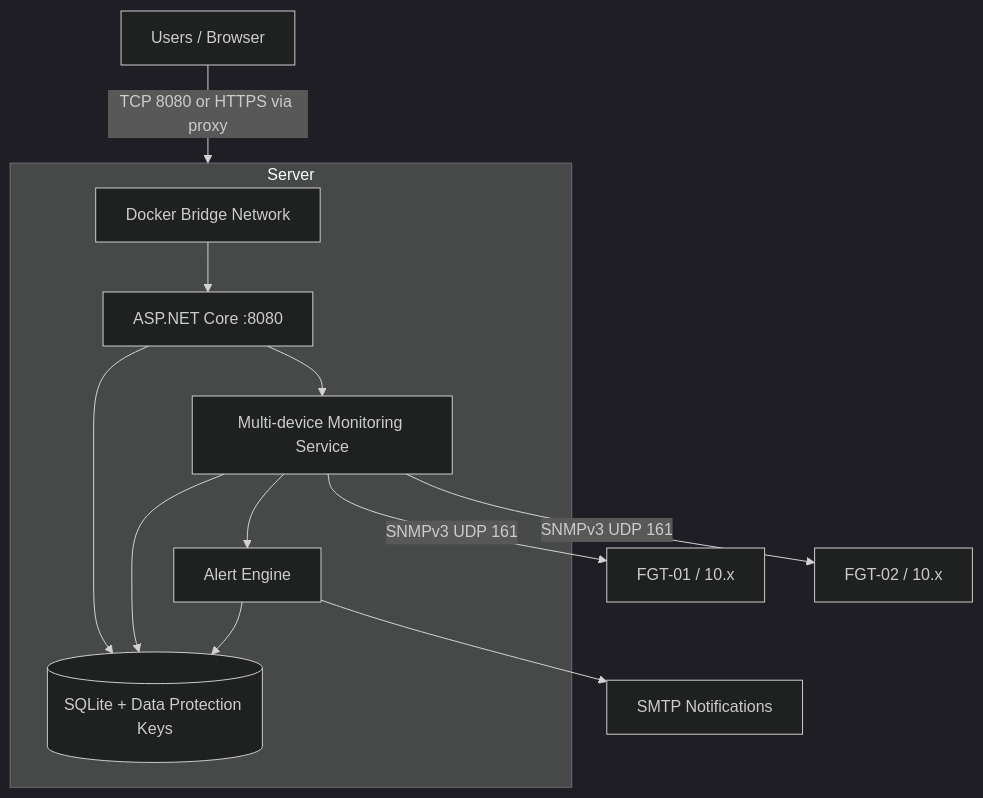
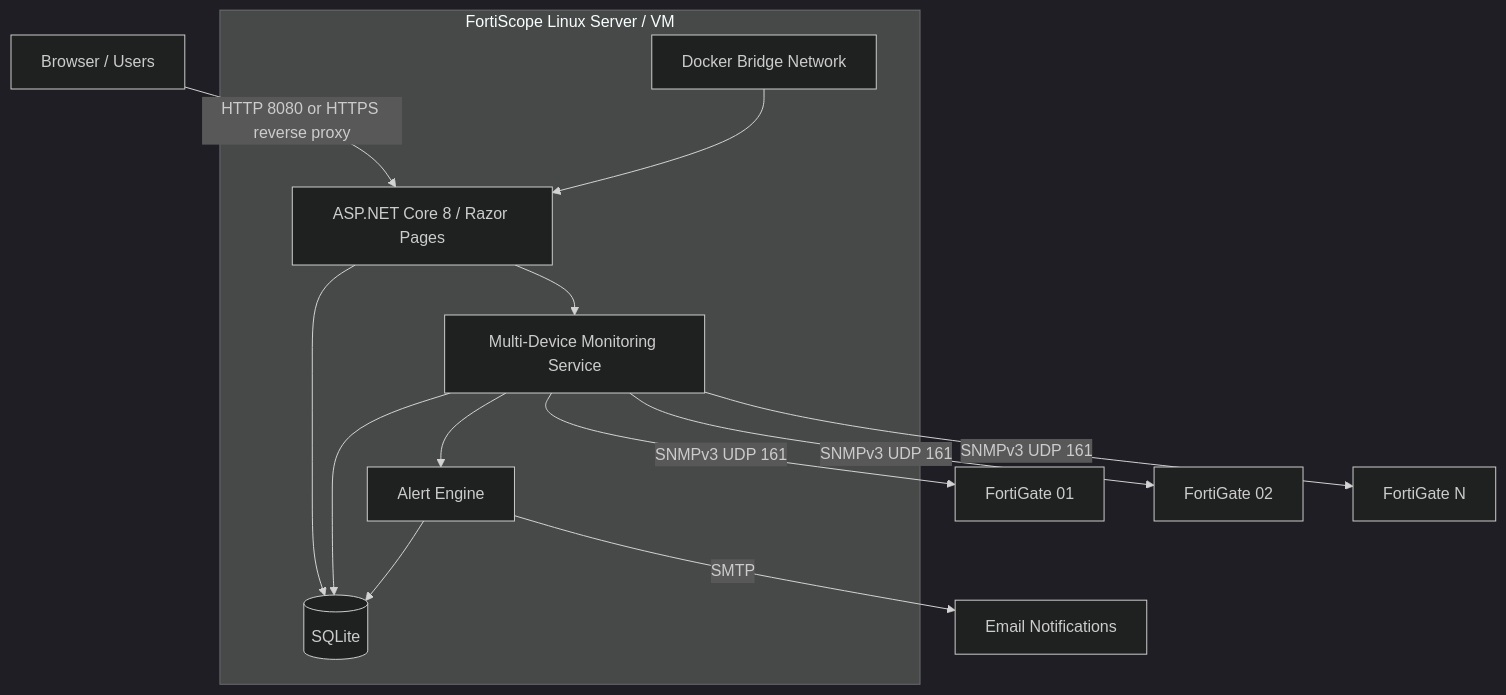
The diagram in README.md (DeSiLencee/FortiScope), drawn with Mermaid (dark theme) before and after one commit. The commit also changed other lines of this file, not shown here.

First line of the commit message:
FortiScope v1.0.0

````diff
--- a/README.md
+++ b/README.md
@@ -241,20 +30,24 @@
 ```mermaid
 flowchart TB
-    Users[Users / Browser] -->|TCP 8080 or HTTPS via proxy| Server[FortiScope Linux Server / VM]
-    subgraph Server
+    Users[Browser / Users] -->|HTTP 8080 or HTTPS reverse proxy| Web
+
+    subgraph Host[FortiScope Linux Server / VM]
         Docker[Docker Bridge Network]
-        Web[ASP.NET Core :8080]
-        Monitor[Multi-device Monitoring Service]
+        Web[ASP.NET Core 8 / Razor Pages]
+        Monitor[Multi-Device Monitoring Service]
         Alerts[Alert Engine]
-        DB[(SQLite + Data Protection Keys)]
+        DB[(SQLite)]
+
         Docker --> Web
         Web --> Monitor
         Web --> DB
         Monitor --> DB
         Monitor --> Alerts
         Alerts --> DB
     end
-    Monitor -->|SNMPv3 UDP 161| FG1[FGT-01 / 10.x]
-    Monitor -->|SNMPv3 UDP 161| FG2[FGT-02 / 10.x]
-    Alerts --> Email[SMTP Notifications]
+
+    Monitor -->|SNMPv3 UDP 161| FGT1[FortiGate 01]
+    Monitor -->|SNMPv3 UDP 161| FGT2[FortiGate 02]
+    Monitor -->|SNMPv3 UDP 161| FGTN[FortiGate N]
+    Alerts -->|SMTP| Email[Email Notifications]
 ```
````
